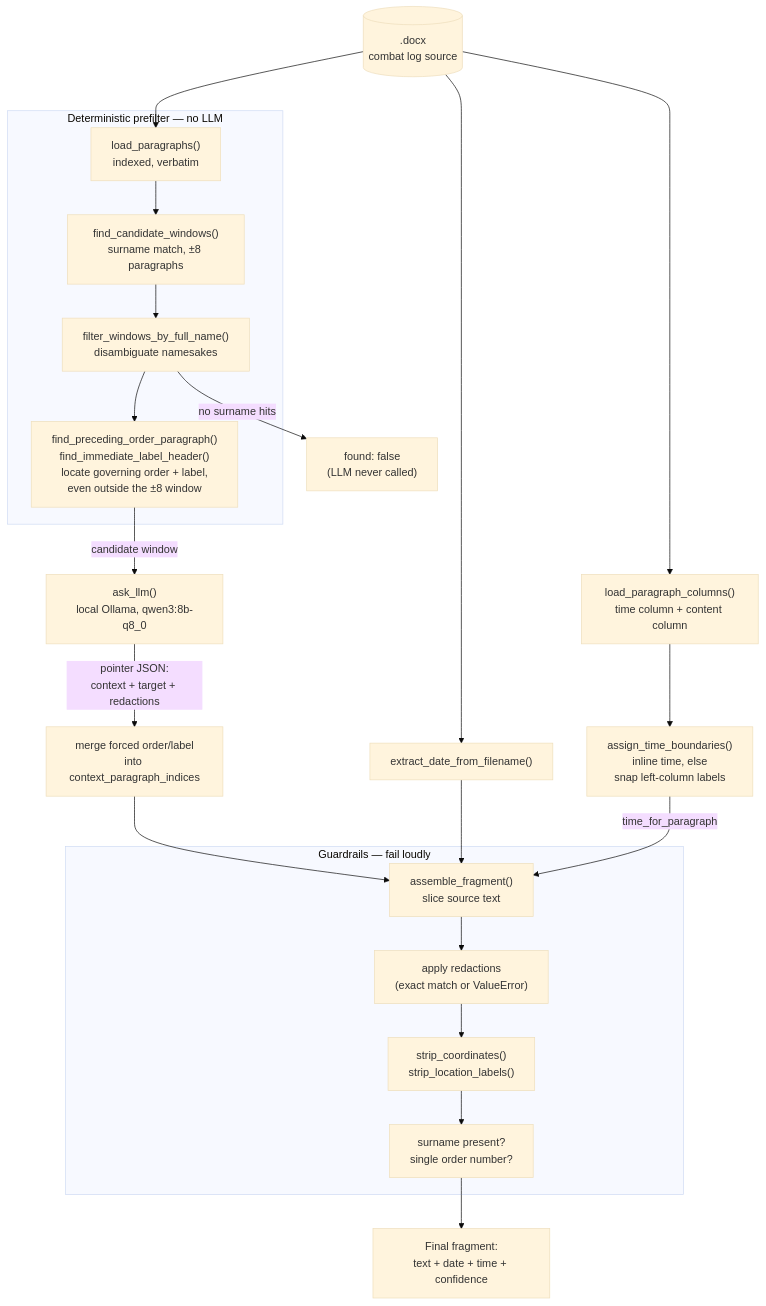
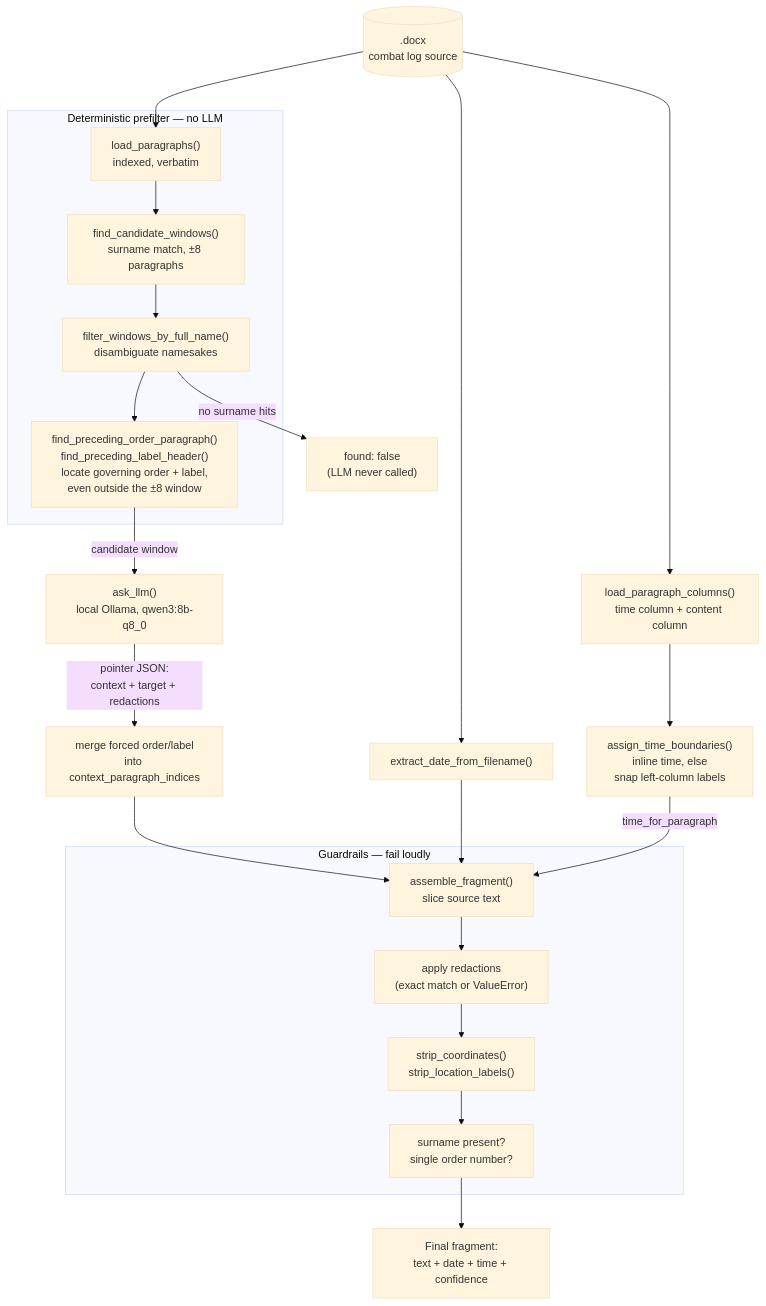
One commit to oleksiisedun/journal-extractor changed the diagram in README.md. Above: the diagram before and after it, drawn with Mermaid (base theme). The commit also changed other lines of this file and 3 other files, not shown here.

First line of the commit message:
Find label headers separated from the target by another person

````diff
--- a/README.md
+++ b/README.md
@@ -56,30 +56,30 @@
 ```mermaid
 graph TD
   CombatLog[(".docx"\ncombat log source)] --> Load["load_paragraphs()\nindexed, verbatim"]
   CombatLog --> Filename["extract_date_from_filename()"]
   CombatLog --> Cols["load_paragraph_columns()\ntime column + content column"]
 
   subgraph Prefilter["Deterministic prefilter — no LLM"]
     Load --> Surname["find_candidate_windows()\nsurname match, ±8 paragraphs"]
     Surname --> Narrow["filter_windows_by_full_name()\ndisambiguate namesakes"]
-    Narrow --> Forced["find_preceding_order_paragraph()\nfind_immediate_label_header()\nlocate governing order + label,\neven outside the ±8 window"]
+    Narrow --> Forced["find_preceding_order_paragraph()\nfind_preceding_label_header()\nlocate governing order + label,\neven outside the ±8 window"]
   end
 
   Narrow -->|no surname hits| NotFound["found: false\n(LLM never called)"]
   Forced -->|candidate window| LLM["ask_llm()\nlocal Ollama, qwen3:8b-q8_0"]
 
   Cols --> Boundaries["assign_time_boundaries()\ninline time, else\nsnap left-column labels"]
 
   LLM -->|pointer JSON:\ncontext + target + redactions| Merge["merge forced order/label\ninto context_paragraph_indices"]
   Merge --> Assemble["assemble_fragment()\nslice source text"]
   Filename --> Assemble
   Boundaries -->|time_for_paragraph| Assemble
 
   subgraph Guardrails["Guardrails — fail loudly"]
     Assemble --> Redact["apply redactions\n(exact match or ValueError)"]
     Redact --> Strip["strip_coordinates()\nstrip_location_labels()"]
     Strip --> Check["surname present?\nsingle order number?"]
   end
 
   Check --> Fragment["Final fragment:\ntext + date + time + confidence"]
 ```
````
